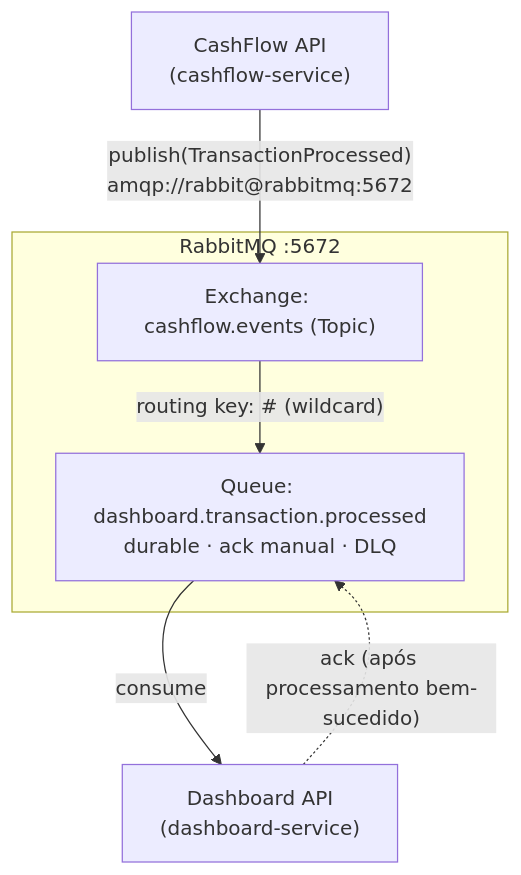
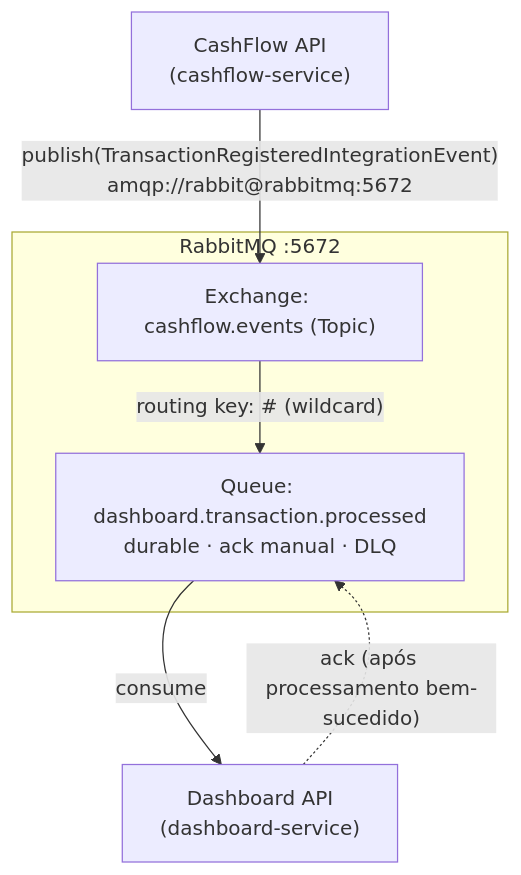
Before and after one commit to filipececcon/arch-challenge: the second of 3 diagrams in docs/security/service-to-service.md, drawn with Mermaid. The commit also changed other lines of this file and 38 other files, not shown here.

First line of the commit message:
Refactor Cashflow architecture docs for account aggregate and unified outbox

````diff
--- a/docs/security/service-to-service.md
+++ b/docs/security/service-to-service.md
@@ -89,16 +89,16 @@
 ```mermaid
 graph TD
     CF["CashFlow API<br/>(cashflow-service)"]
 
     subgraph MQ["RabbitMQ :5672"]
         EX["Exchange: cashflow.events (Topic)"]
         Q["Queue: dashboard.transaction.processed<br/>durable · ack manual · DLQ"]
     end
 
     DA["Dashboard API<br/>(dashboard-service)"]
 
-    CF -->|"publish(TransactionProcessed)<br/>amqp://rabbit@rabbitmq:5672"| EX
+    CF -->|"publish(TransactionRegisteredIntegrationEvent)<br/>amqp://rabbit@rabbitmq:5672"| EX
     EX -->|"routing key: # (wildcard)"| Q
     Q -->|"consume"| DA
     DA -.->|"ack (após processamento bem-sucedido)"| Q
 ```
````
